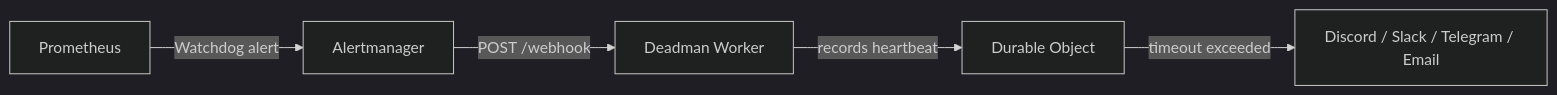
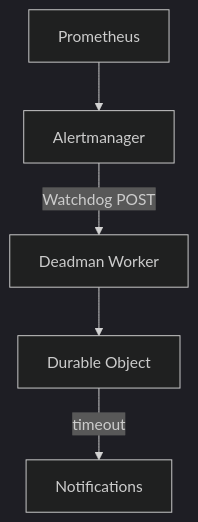
Before and after one commit to briansunter/deadman: the diagram in README.md, drawn with Mermaid (dark theme). The commit also changed 1 other file, not shown here.

Commit message:
Add MIT license, fix diagram layout

````diff
--- a/README.md
+++ b/README.md
@@ -11,7 +11,7 @@
 ```mermaid
-graph LR
-    P[Prometheus] -->|Watchdog alert| A[Alertmanager]
-    A -->|POST /webhook| D[Deadman Worker]
-    D -->|records heartbeat| DO[Durable Object]
-    DO -->|timeout exceeded| N[Discord / Slack / Telegram / Email]
+graph TD
+    P[Prometheus] --> A[Alertmanager]
+    A -->|Watchdog POST| D[Deadman Worker]
+    D --> DO[Durable Object]
+    DO -->|timeout| N[Notifications]
 ```
````
